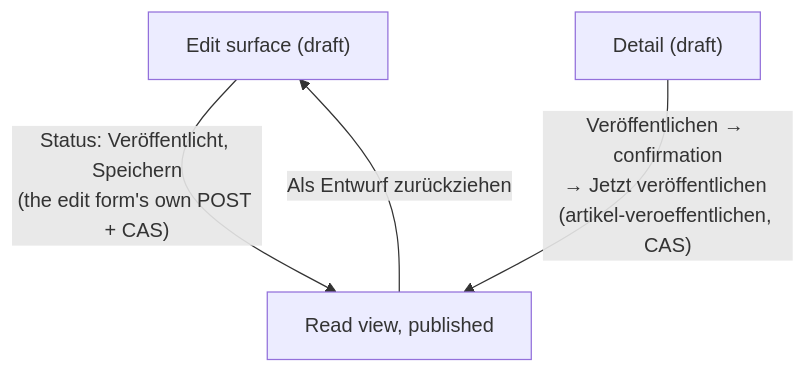
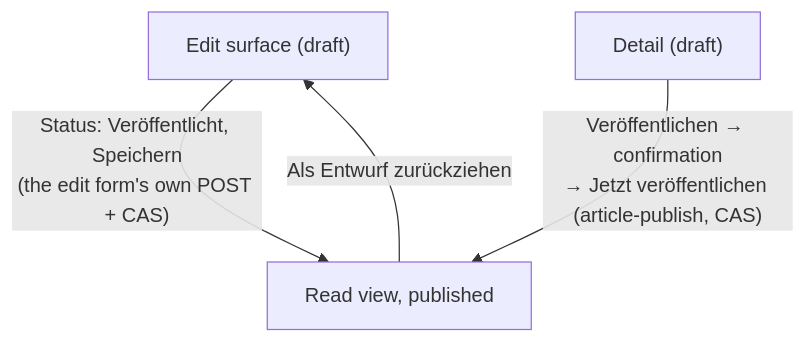
The third of 7 diagrams in docs/design/userflows.md (deutscher-pfadfinderbund/bundesarchiv), drawn with Mermaid before and after one commit. The commit also changed other lines of this file and 3 other files, not shown here.

````diff
--- a/docs/design/userflows.md
+++ b/docs/design/userflows.md
@@ -93,6 +93,6 @@
 ```mermaid
 flowchart TD
     EDIT["Edit surface (draft)"] -->|"Status: Veröffentlicht, Speichern\n(the edit form's own POST + CAS)"| READ["Read view, published"]
-    DET["Detail (draft)"] -->|"Veröffentlichen → confirmation\n→ Jetzt veröffentlichen (artikel-veroeffentlichen, CAS)"| READ
+    DET["Detail (draft)"] -->|"Veröffentlichen → confirmation\n→ Jetzt veröffentlichen (article-publish, CAS)"| READ
     READ -->|"Als Entwurf zurückziehen"| EDIT
 ```
````
